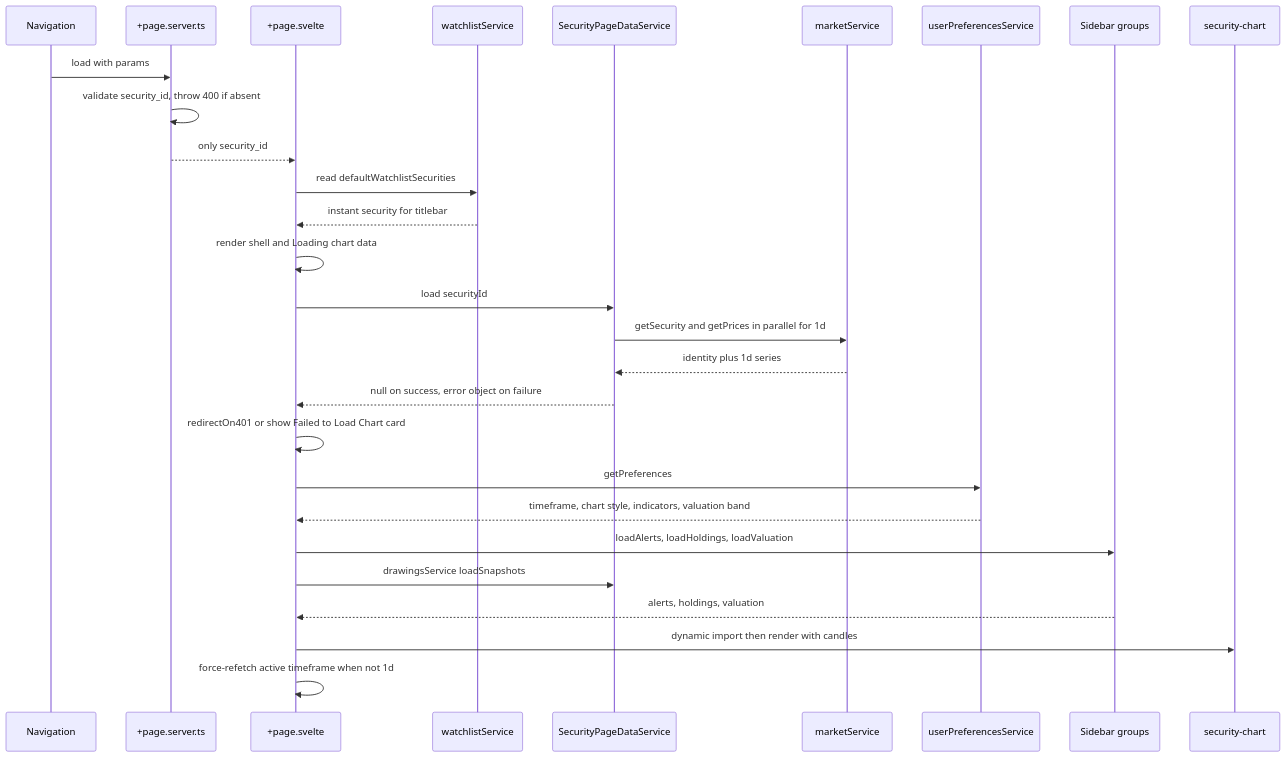
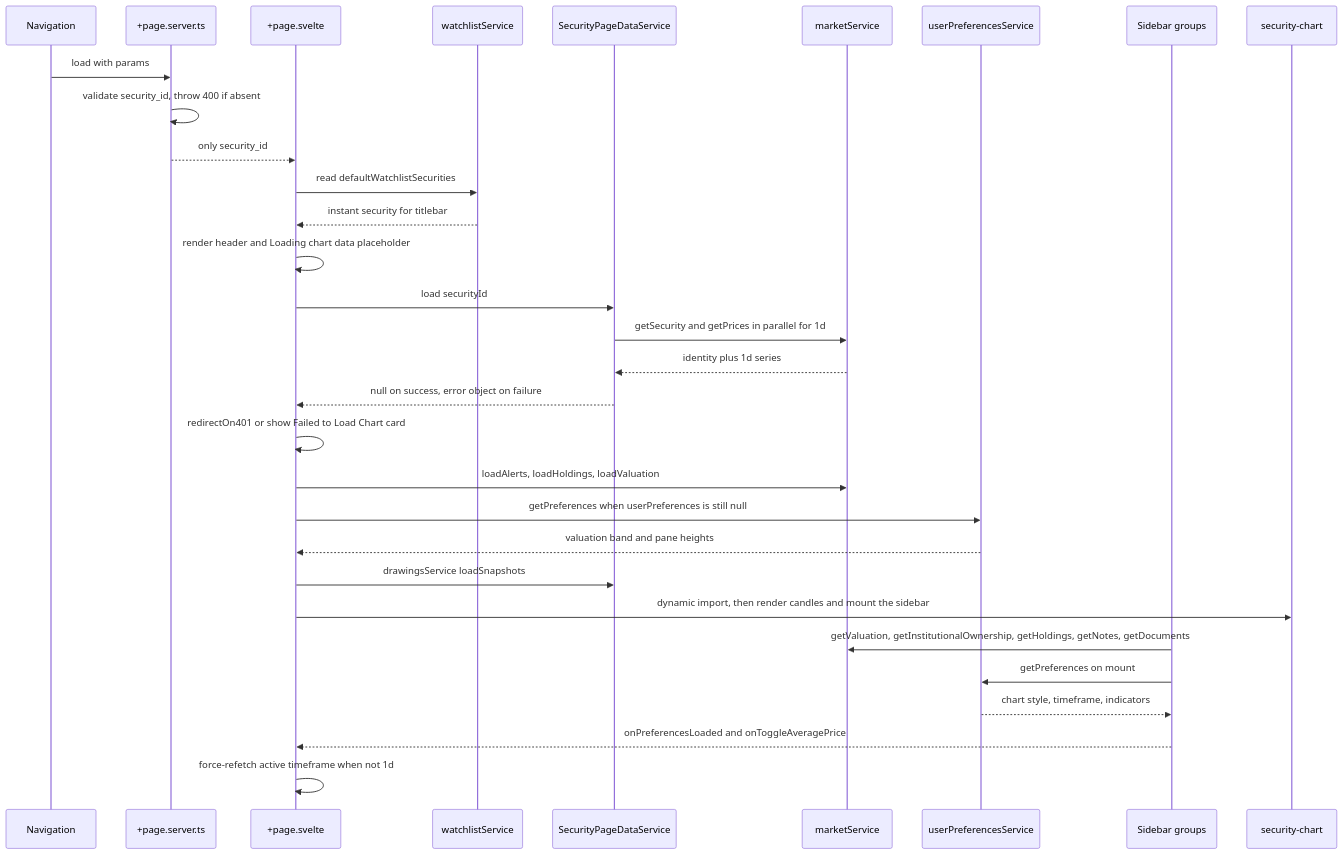
Before and after one commit to havekes/retail-portfolio: the diagram in openwiki/workflows/security-detail-page.md, drawn with Mermaid. The commit also changed other lines of this file and 57 other files, not shown here.

````diff
--- a/openwiki/workflows/security-detail-page.md
+++ b/openwiki/workflows/security-detail-page.md
@@ -143,31 +157,34 @@
 ```mermaid
 sequenceDiagram
     participant Nav as Navigation
     participant SL as +page.server.ts
     participant Page as +page.svelte
     participant WL as watchlistService
     participant Data as SecurityPageDataService
     participant API as marketService
     participant Prefs as userPreferencesService
     participant Groups as Sidebar groups
     participant Chart as security-chart
 
     Nav->>SL: load with params
     SL->>SL: validate security_id, throw 400 if absent
     SL-->>Page: only security_id
     Page->>WL: read defaultWatchlistSecurities
     WL-->>Page: instant security for titlebar
-    Page->>Page: render shell and Loading chart data
+    Page->>Page: render header and Loading chart data placeholder
     Page->>Data: load securityId
     Data->>API: getSecurity and getPrices in parallel for 1d
     API-->>Data: identity plus 1d series
     Data-->>Page: null on success, error object on failure
     Page->>Page: redirectOn401 or show Failed to Load Chart card
-    Page->>Prefs: getPreferences
-    Prefs-->>Page: timeframe, chart style, indicators, valuation band
-    Page->>Groups: loadAlerts, loadHoldings, loadValuation
+    Page->>API: loadAlerts, loadHoldings, loadValuation
+    Page->>Prefs: getPreferences when userPreferences is still null
+    Prefs-->>Page: valuation band and pane heights
     Page->>Data: drawingsService loadSnapshots
-    Groups-->>Page: alerts, holdings, valuation
-    Page->>Chart: dynamic import then render with candles
+    Page->>Chart: dynamic import, then render candles and mount the sidebar
+    Groups->>API: getValuation, getInstitutionalOwnership, getHoldings, getNotes, getDocuments
+    Groups->>Prefs: getPreferences on mount
+    Prefs-->>Groups: chart style, timeframe, indicators
+    Groups-->>Page: onPreferencesLoaded and onToggleAveragePrice
     Page->>Page: force-refetch active timeframe when not 1d
 ```
````
